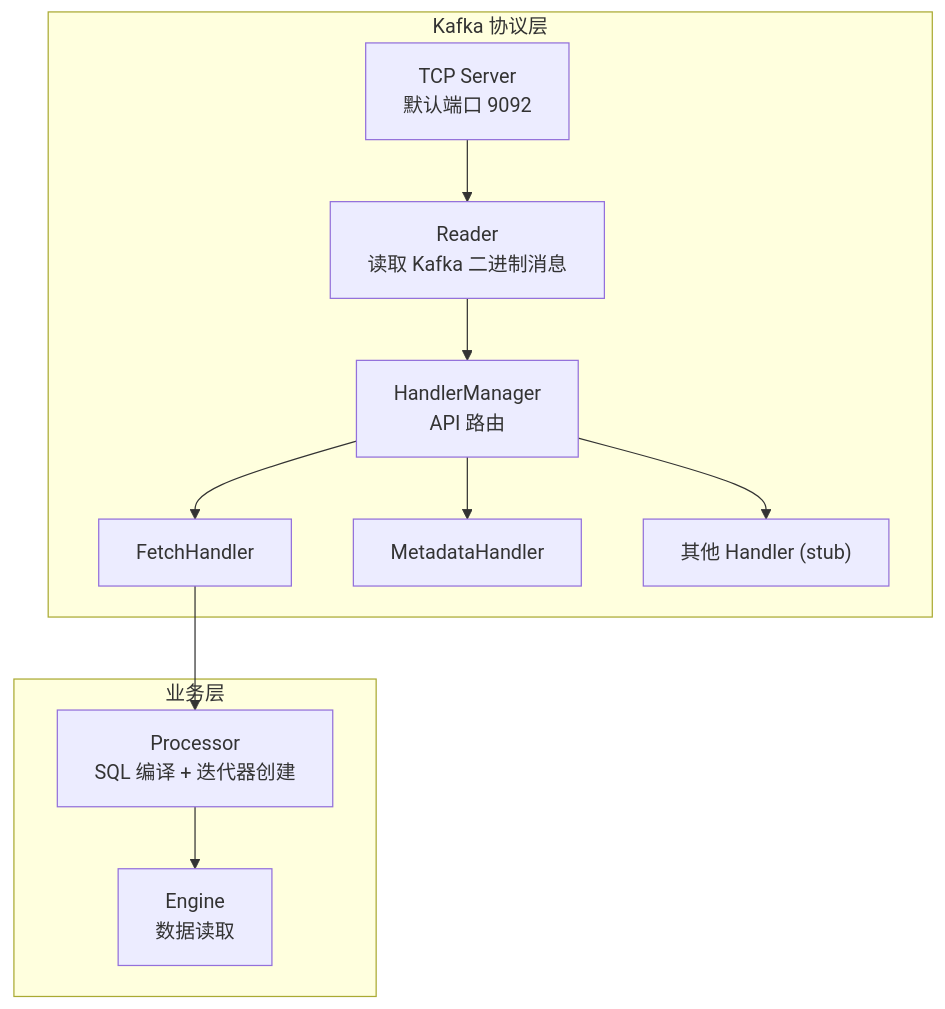
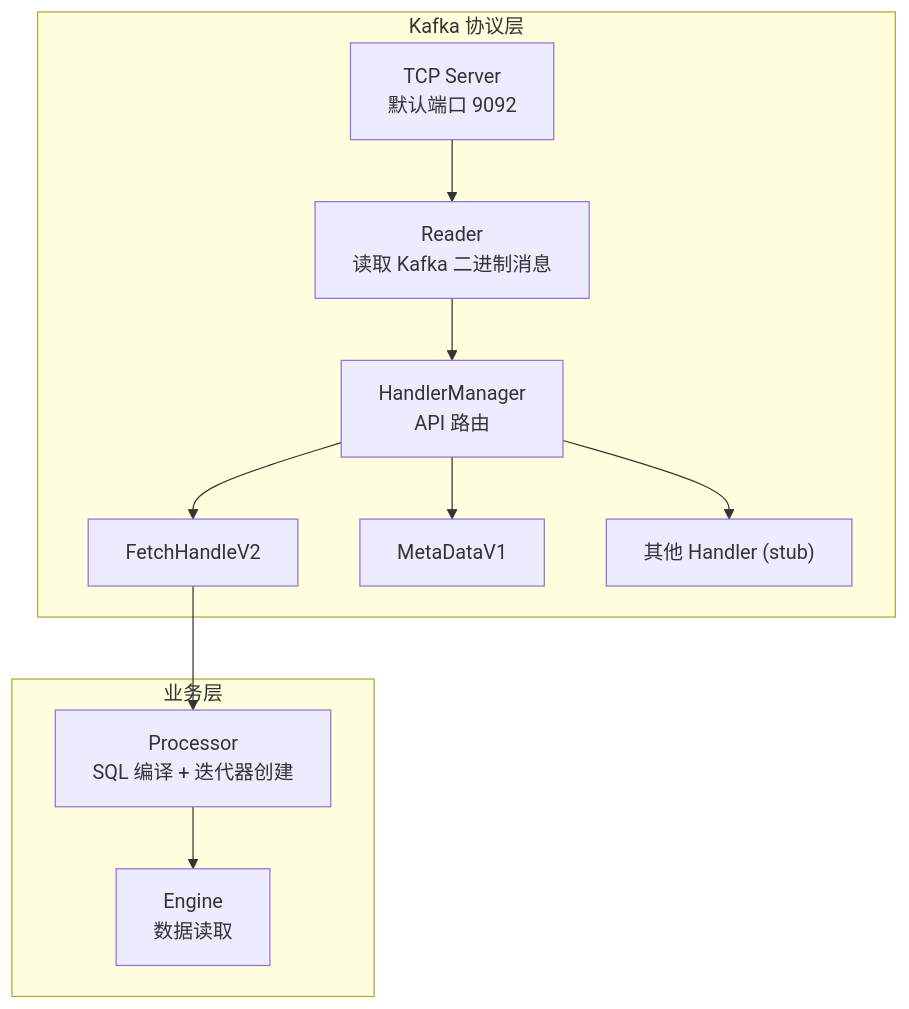
One commit to stefanv5/openGemini changed the second of 3 diagrams in docs/specs/20_kafka_protocol_spec.md. Above: the diagram before and after it, drawn with Mermaid. The commit also changed other lines of this file and 37 other files, not shown here.

````diff
--- a/docs/specs/20_kafka_protocol_spec.md
+++ b/docs/specs/20_kafka_protocol_spec.md
@@ -31,19 +33,19 @@
 ```mermaid
 graph TB
     subgraph "Kafka 协议层"
         A["TCP Server<br/>默认端口 9092"]
         B["Reader<br/>读取 Kafka 二进制消息"]
         C["HandlerManager<br/>API 路由"]
-        D["FetchHandler"]
-        E["MetadataHandler"]
+        D["FetchHandleV2"]
+        E["MetaDataV1"]
         F["其他 Handler (stub)"]
     end
 
     subgraph "业务层"
         G["Processor<br/>SQL 编译 + 迭代器创建"]
         H["Engine<br/>数据读取"]
     end
 
     A --> B --> C --> D & E & F
     D --> G --> H
 ```
````
